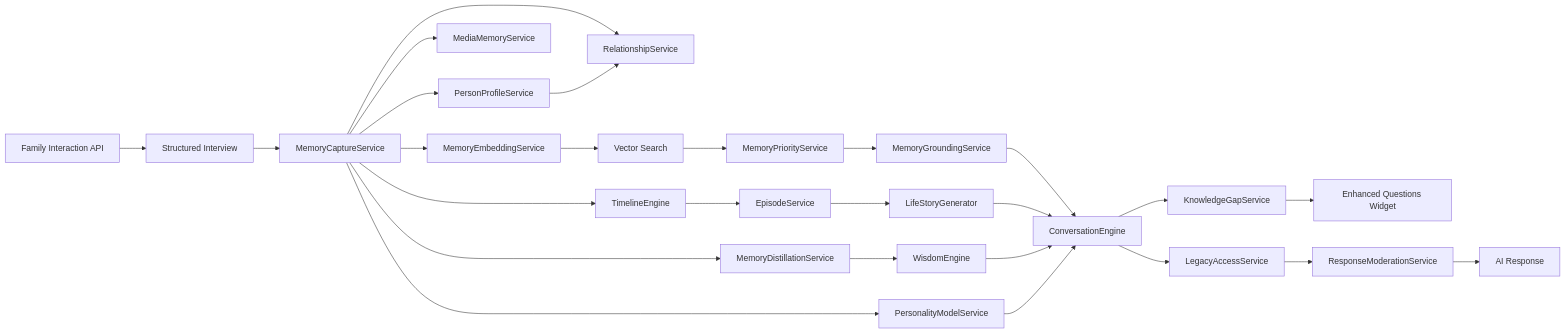
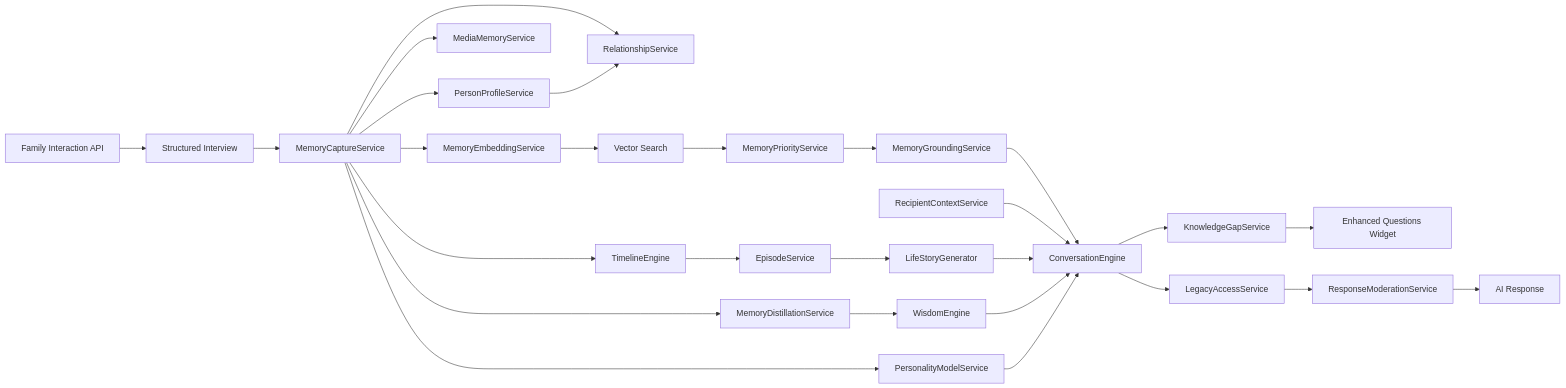
One commit to ali919191/legacyai changed the diagram in README.md. Above: the diagram before and after it, drawn with Mermaid. The commit also changed other lines of this file and 5 other files, not shown here.

Commit message:
Add recipient context engine for age-aware and relationship-aware responses.

````diff
--- a/README.md
+++ b/README.md
@@ -244,40 +271,42 @@
 ```mermaid
 flowchart LR
     API[Family Interaction API]
     INTERVIEW[Structured Interview]
     MEMORY[MemoryCaptureService]
     PROFILE[PersonProfileService]
     RELATIONSHIP[RelationshipService]
     MEDIA[MediaMemoryService]
     TIMELINE[TimelineEngine]
     EPISODE[EpisodeService]
     EMBED[MemoryEmbeddingService]
     VECTOR[Vector Search]
     PRIORITY[MemoryPriorityService]
     GROUNDING[MemoryGroundingService]
+    RECIPIENT[RecipientContextService]
     WISDOM[WisdomEngine]
     STORY[LifeStoryGenerator]
     CONVO[ConversationEngine]
     GAP[KnowledgeGapService]
     WIDGET[Enhanced Questions Widget]
     PERSONA[PersonalityModelService]
     DISTILL[MemoryDistillationService]
     ACCESS[LegacyAccessService]
     MOD[ResponseModerationService]
     RESPONSE[AI Response]
 
     API --> INTERVIEW --> MEMORY
     MEMORY --> PROFILE
     MEMORY --> RELATIONSHIP
     PROFILE --> RELATIONSHIP
     MEMORY --> MEDIA
     MEMORY --> TIMELINE --> EPISODE
     EPISODE --> STORY
     MEMORY --> EMBED --> VECTOR --> PRIORITY --> GROUNDING --> CONVO
+    RECIPIENT --> CONVO
     STORY --> CONVO
     CONVO --> GAP --> WIDGET
     MEMORY --> PERSONA
     MEMORY --> DISTILL --> WISDOM --> CONVO
     PERSONA --> CONVO
     CONVO --> ACCESS --> MOD --> RESPONSE
 ```
````
